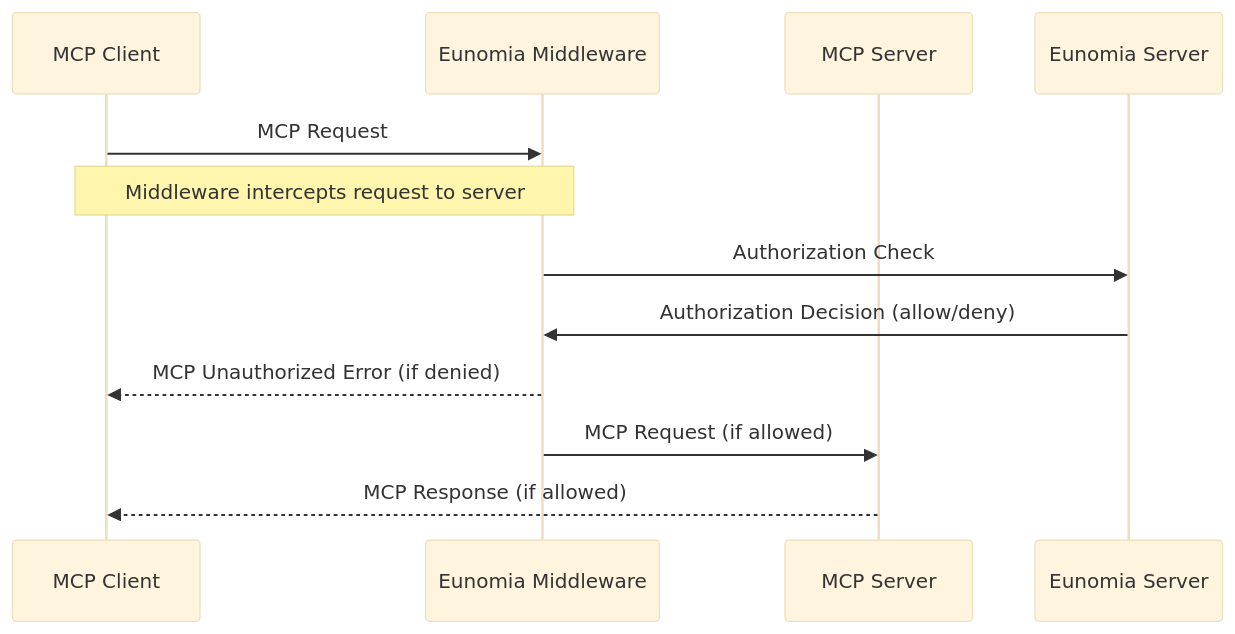
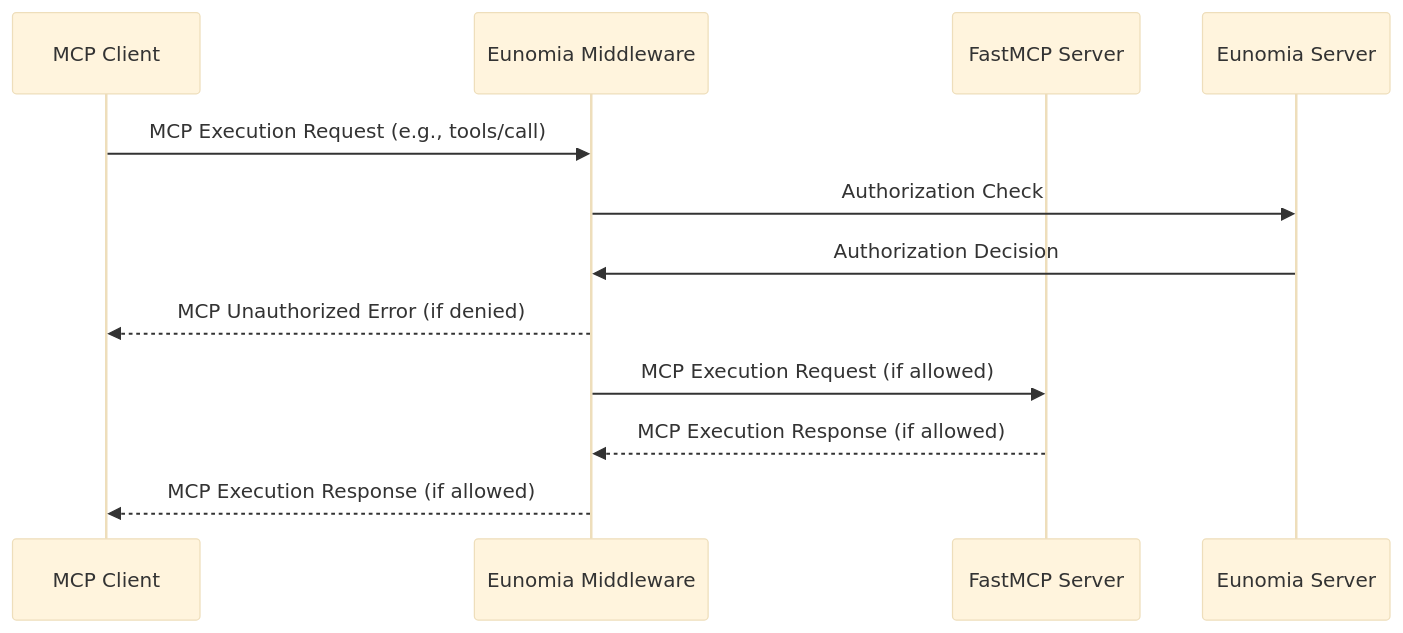
Before and after one commit to whataboutyou-ai/eunomia: the second of 2 diagrams in docs/api/extensions/mcp.md, drawn with Mermaid (base theme). The commit also changed other lines of this file and 1 other file, not shown here.

Commit message:
Mcp listing vs execution operations

````diff
--- a/docs/api/extensions/mcp.md
+++ b/docs/api/extensions/mcp.md
@@ -16,15 +40,15 @@
 ```mermaid
 sequenceDiagram
     participant MCPClient as MCP Client
     participant EunomiaMiddleware as Eunomia Middleware
-    participant MCPServer as MCP Server
+    participant MCPServer as FastMCP Server
     participant EunomiaServer as Eunomia Server
 
-    MCPClient->>EunomiaMiddleware: MCP Request
-    Note over MCPClient, EunomiaMiddleware: Middleware intercepts request to server
+    MCPClient->>EunomiaMiddleware: MCP Execution Request (e.g., tools/call)
     EunomiaMiddleware->>EunomiaServer: Authorization Check
-    EunomiaServer->>EunomiaMiddleware: Authorization Decision (allow/deny)
+    EunomiaServer->>EunomiaMiddleware: Authorization Decision
     EunomiaMiddleware-->>MCPClient: MCP Unauthorized Error (if denied)
-    EunomiaMiddleware->>MCPServer: MCP Request (if allowed)
-    MCPServer-->>MCPClient: MCP Response (if allowed)
+    EunomiaMiddleware->>MCPServer: MCP Execution Request (if allowed)
+    MCPServer-->>EunomiaMiddleware: MCP Execution Response (if allowed)
+    EunomiaMiddleware-->>MCPClient: MCP Execution Response (if allowed)
 ```
````
